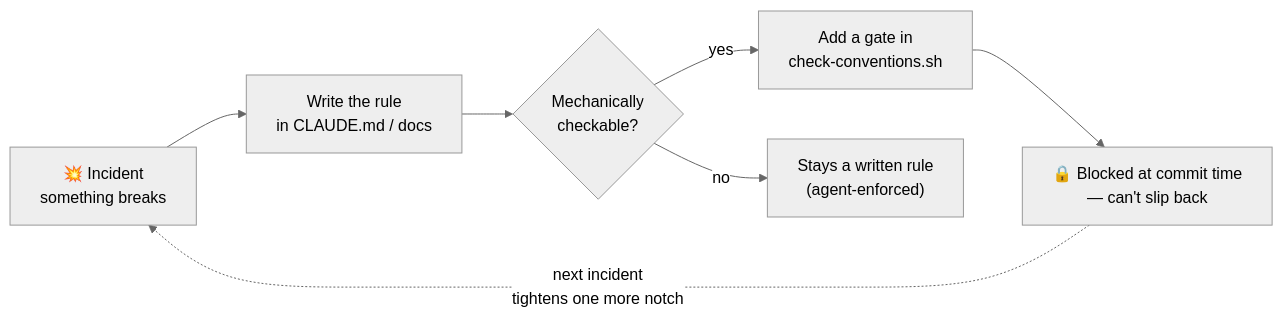
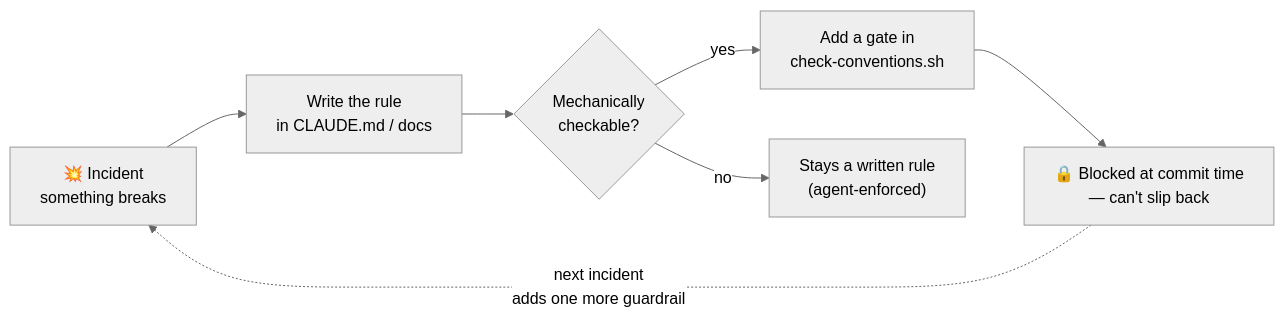
The third of 3 diagrams in README.md (icurfer/ic-praxis), drawn with Mermaid (neutral theme) before and after one commit. The commit also changed other lines of this file and 8 other files, not shown here.

````diff
--- a/README.md
+++ b/README.md
@@ -132,9 +132,9 @@
 ```mermaid
 flowchart LR
     I["💥 Incident<br/>something breaks"] --> W["Write the rule<br/>in CLAUDE.md / docs"]
     W --> Q{"Mechanically<br/>checkable?"}
     Q -- yes --> G["Add a gate in<br/>check-conventions.sh"]
     Q -- no --> R["Stays a written rule<br/>(agent-enforced)"]
     G --> P["🔒 Blocked at commit time<br/>— can't slip back"]
-    P -. "next incident<br/>tightens one more notch" .-> I
+    P -. "next incident<br/>adds one more guardrail" .-> I
 ```
````
